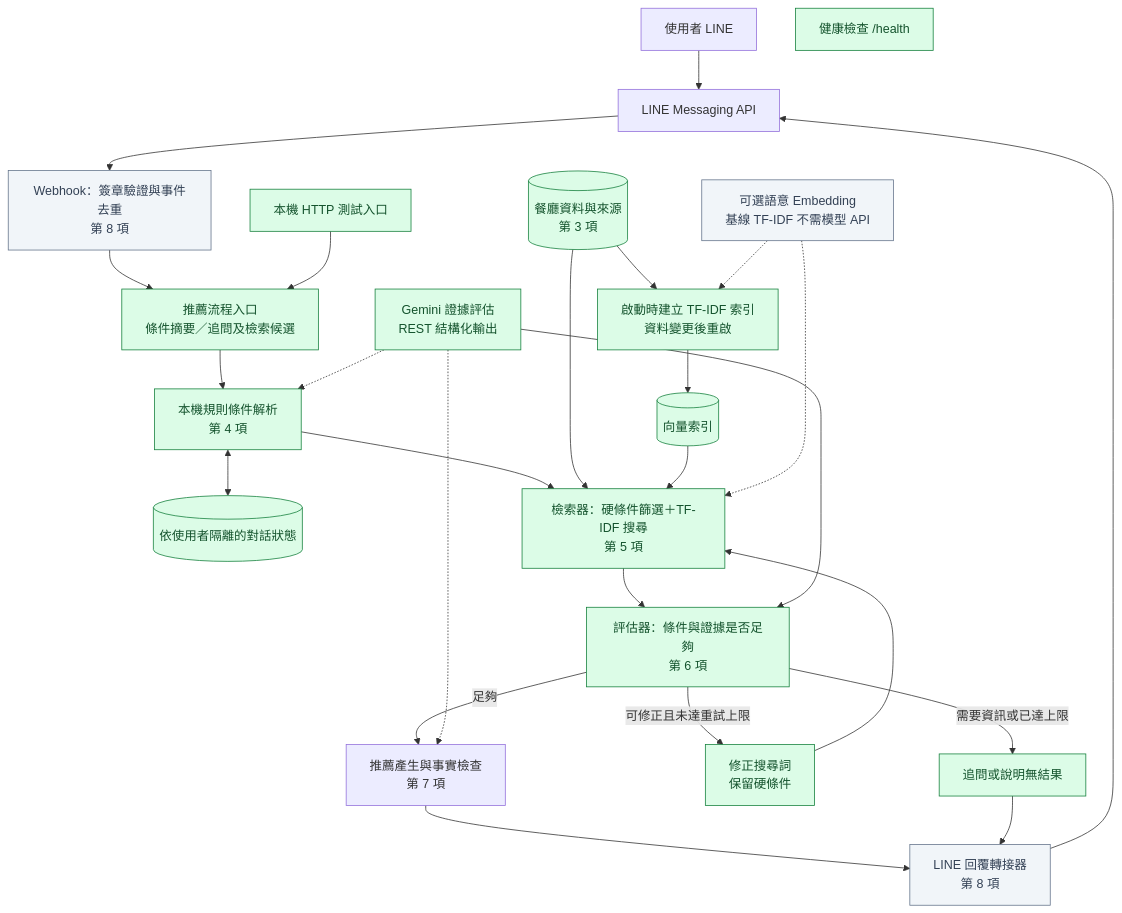
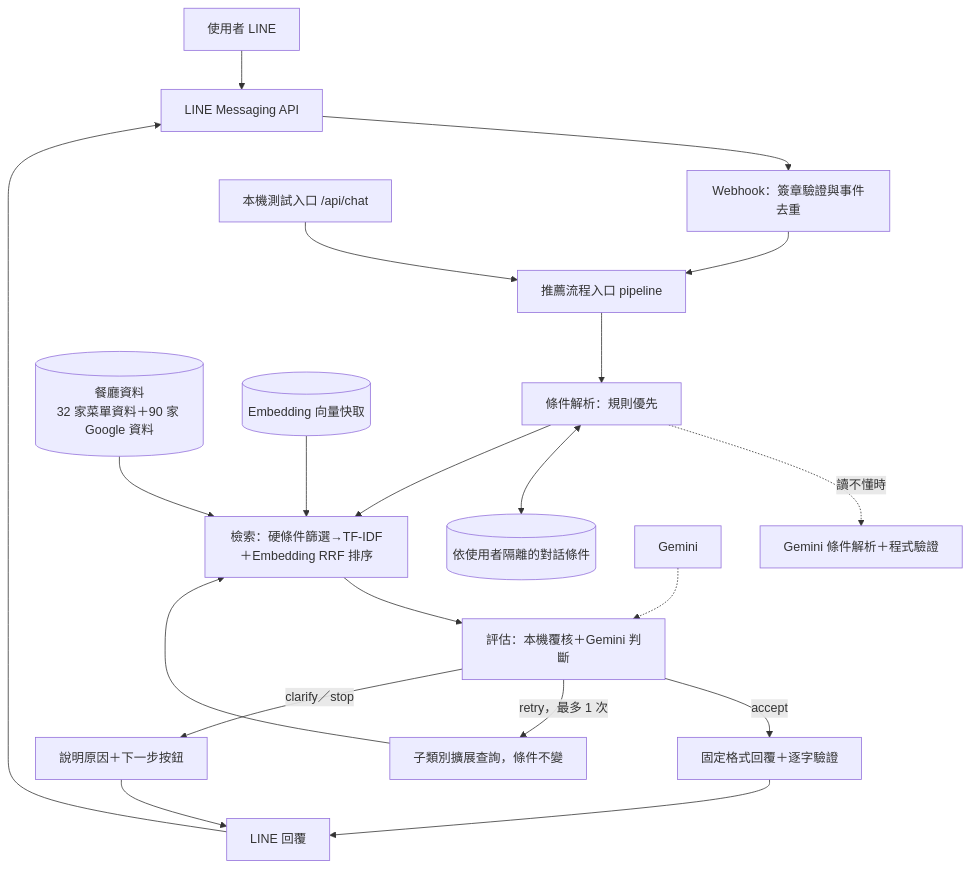
One commit to leecheamos/douliu-food-crag changed the diagram in docs/ARCHITECTURE.md. Above: the diagram before and after it, drawn with Mermaid. The commit also changed other lines of this file and 5 other files, not shown here.

````diff
--- a/docs/ARCHITECTURE.md
+++ b/docs/ARCHITECTURE.md
@@ -5,32 +5,21 @@
 ```mermaid
 flowchart TD
     U[使用者 LINE] --> L[LINE Messaging API]
-    L --> W[Webhook：簽章驗證與事件去重\n第 8 項]
-    W --> P[推薦流程入口\n條件摘要／追問及檢索候選]
-    T[本機 HTTP 測試入口] --> P
-    H[健康檢查 /health]
-    P --> C[本機規則條件解析\n第 4 項]
-    C <--> S[(依使用者隔離的對話狀態)]
-    C --> R[檢索器：硬條件篩選＋TF-IDF 搜尋\n第 5 項]
-    D[(餐廳資料與來源\n第 3 項)] --> R
-    D --> I[啟動時建立 TF-IDF 索引\n資料變更後重啟]
-    I --> V[(向量索引)]
-    V --> R
-    R --> E[評估器：條件與證據是否足夠\n第 6 項]
-    E -->|足夠| G[推薦產生與事實檢查\n第 7 項]
-    E -->|可修正且未達重試上限| Q[修正搜尋詞\n保留硬條件]
-    Q --> R
-    E -->|需要資訊或已達上限| A[追問或說明無結果]
-    G --> O[LINE 回覆轉接器\n第 8 項]
+    L --> W[Webhook：簽章驗證與事件去重]
+    W --> P[推薦流程入口 pipeline]
+    T[本機測試入口 /api/chat] --> P
+    P --> C[條件解析：規則優先]
+    C -.讀不懂時.-> MC[Gemini 條件解析＋程式驗證]
+    C <--> S[(依使用者隔離的對話條件)]
+    C --> R[檢索：硬條件篩選→TF-IDF＋Embedding RRF 排序]
+    D[(餐廳資料<br>32 家菜單資料＋90 家 Google 資料)] --> R
+    B[(Embedding 向量快取)] --> R
+    R --> E[評估：本機覆核＋Gemini 判斷]
+    E -->|accept| G[固定格式回覆＋逐字驗證]
+    E -->|retry，最多 1 次| Q[子類別擴展查詢，條件不變] --> R
+    E -->|clarify／stop| A[說明原因＋下一步按鈕]
+    G --> O[LINE 回覆]
     A --> O
     O --> L
-    M[Gemini 證據評估\nREST 結構化輸出] -.-> C
-    M --> E
-    M -.-> G
-    B[可選語意 Embedding\n基線 TF-IDF 不需模型 API] -.-> I
-    B -.-> R
-    classDef ready fill:#dcfce7,stroke:#15803d,color:#14532d;
-    classDef pending fill:#f1f5f9,stroke:#64748b,color:#334155;
-    class P,T,H,C,S,D,R,I,V,E,Q,A,M ready;
-    class B,W,O pending;
+    ME[Gemini] -.-> E
 ```
````
